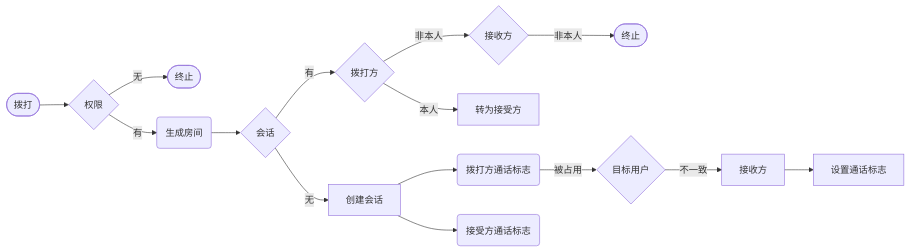
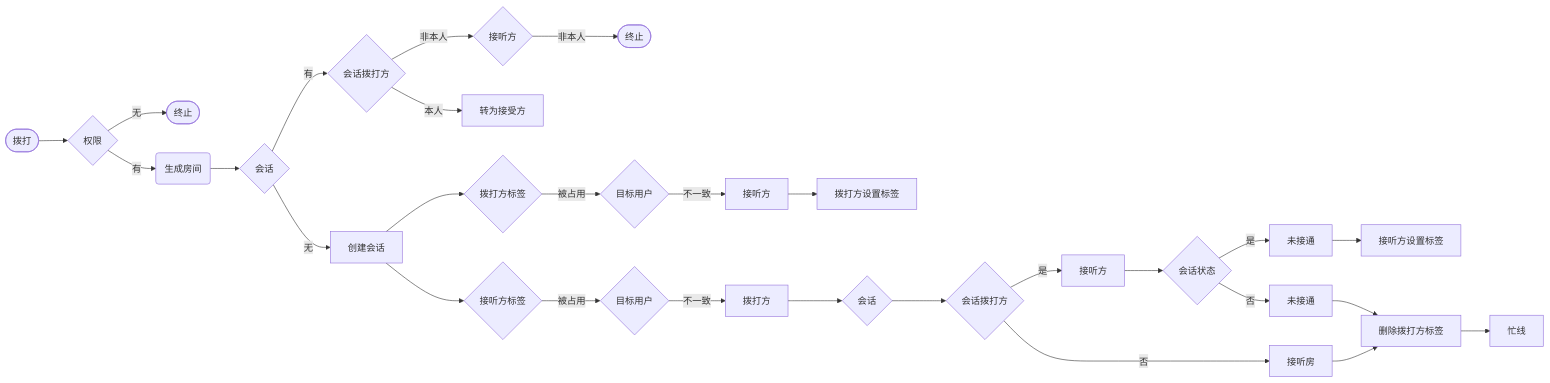
The third of 3 diagrams in 2.RTC说明.md (liyee/knowledge), drawn with Mermaid before and after one commit.

Commit message:
feat: add rtc flow.

````diff
--- a/2.RTC说明.md
+++ b/2.RTC说明.md
@@ -126,9 +126,12 @@
 ```mermaid
 flowchart LR
     Start([拨打])-->Privilege{权限}-->|无|End0([终止])
     Privilege-->|有|CreateRoomID(生成房间)-->Session{会话}
-    Session-->|有|Sender{拨打方}-->|非本人|Receiver{接收方}-->|非本人|End1([终止])
+    Session-->|有|Sender{会话拨打方}-->|非本人|Receiver{接听方}-->|非本人|End1([终止])
     Sender-->|本人|转为接受方
-    Session-->|无|CreateSession[创建会话]-->SenderTag(拨打方通话标志)-->|被占用|Target{目标用户}-->|不一致|接收方-->设置通话标志
-    CreateSession-->ReceiverTag(接受方通话标志)
+    Session-->|无|CreateSession[创建会话]-->SenderTag{拨打方标签}-->|被占用|Target{目标用户}-->|不一致|Receiver1[接听方]-->拨打方设置标签
+    CreateSession-->ReceiverTag{接听方标签}-->|被占用|ReceiverTarget{目标用户}-->|不一致|拨打方-->GetSession{会话}
+    GetSession-->Sender1{会话拨打方}-->|是|Receiver2[接听方]-->SessionState{会话状态}-->|是|NoRecv[未接通]-->SetReceiverTag[接听方设置标签]
+    Sender1-->|否|Receiver3[接听房]-->DelSenderTag[删除拨打方标签]
+    SessionState-->|否|NoRecv1[未接通]-->DelSenderTag-->忙线
 ```
````
